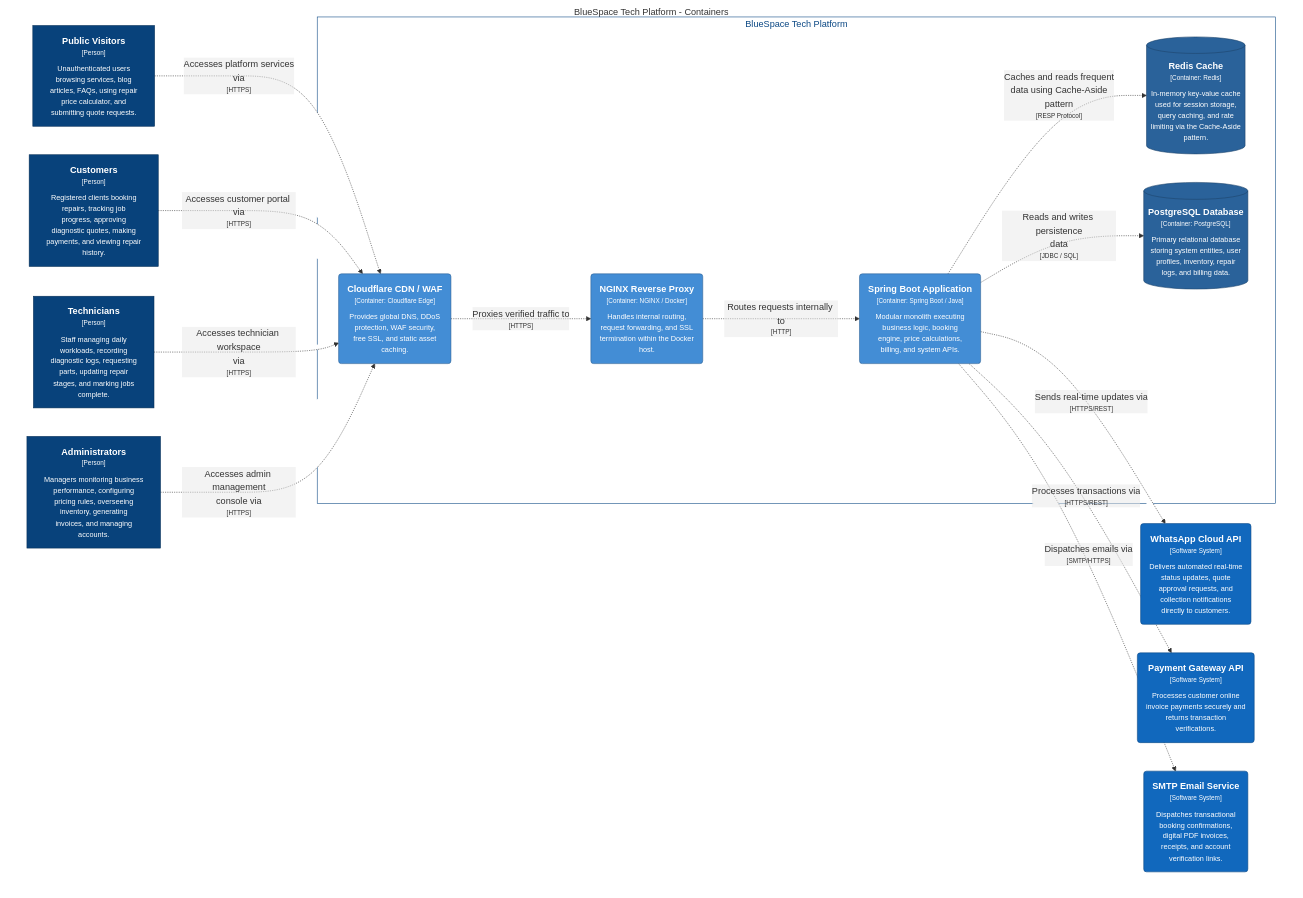
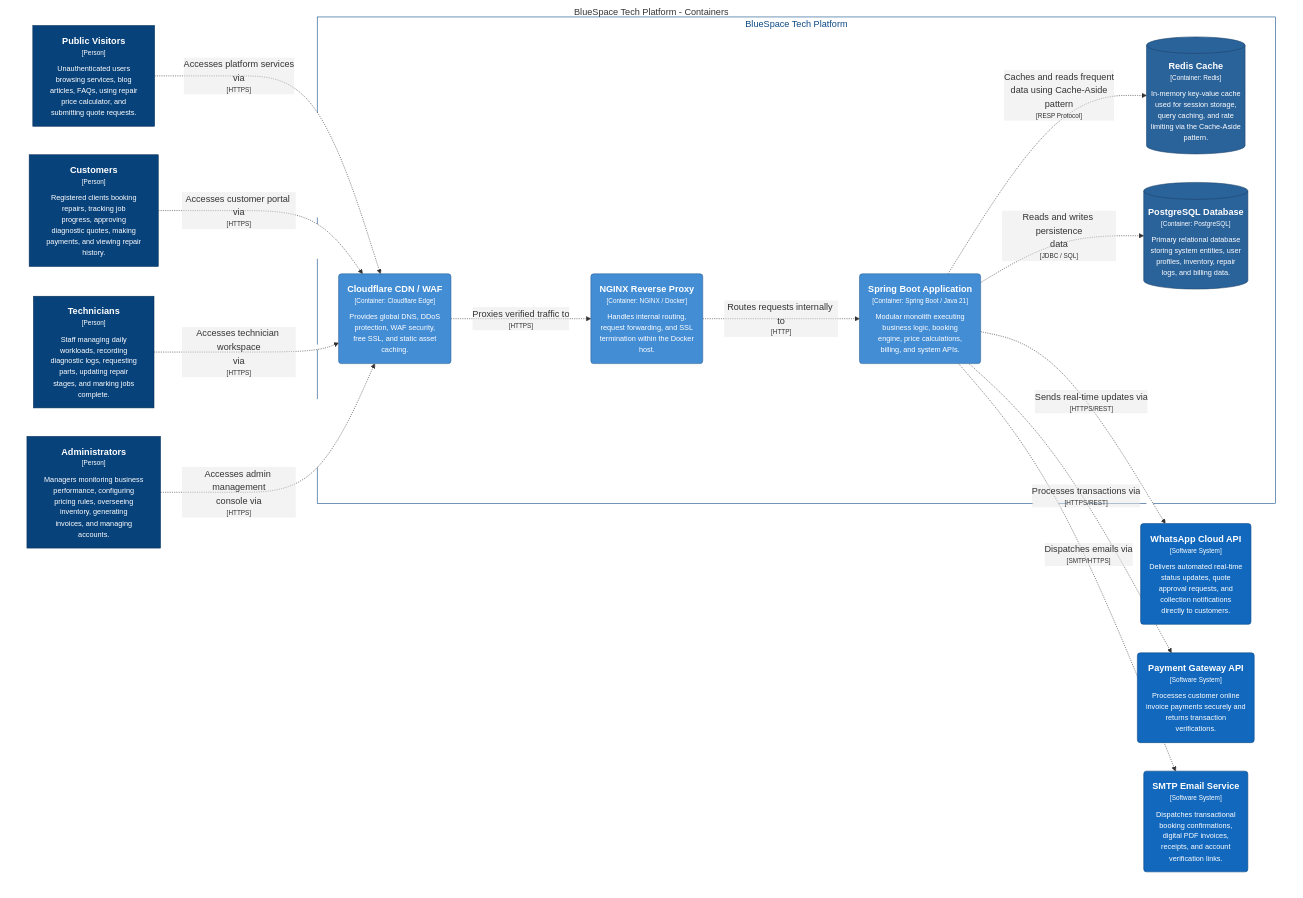
Before and after one commit to Luxolo2200/bluespace-tech-platform: the diagram in docs/architecture/diagrams/structurizr-Containers.mmd, drawn with Mermaid. The commit also changed 4 other files, not shown here.

Commit message:
chore(docs): auto-generate updated mermaid .mmd and .png diagrams

```diff
--- a/docs/architecture/diagrams/structurizr-Containers.mmd
+++ b/docs/architecture/diagrams/structurizr-Containers.mmd
@@ -1,48 +1,48 @@
 graph TB
   linkStyle default fill:#ffffff
 
   subgraph diagram ["BlueSpace Tech Platform - Containers"]
     style diagram fill:#ffffff,stroke:#ffffff
 
     1["<div style='font-weight: bold'>Public Visitors</div><div style='font-size: 70%; margin-top: 0px'>[Person]</div><div style='font-size: 80%; margin-top:10px'>Unauthenticated users<br />browsing services, blog<br />articles, FAQs, using repair<br />price calculator, and<br />submitting quote requests.</div>"]
     style 1 fill:#08427b,stroke:#052e56,color:#ffffff
     2["<div style='font-weight: bold'>Customers</div><div style='font-size: 70%; margin-top: 0px'>[Person]</div><div style='font-size: 80%; margin-top:10px'>Registered clients booking<br />repairs, tracking job<br />progress, approving<br />diagnostic quotes, making<br />payments, and viewing repair<br />history.</div>"]
     style 2 fill:#08427b,stroke:#052e56,color:#ffffff
     3["<div style='font-weight: bold'>Technicians</div><div style='font-size: 70%; margin-top: 0px'>[Person]</div><div style='font-size: 80%; margin-top:10px'>Staff managing daily<br />workloads, recording<br />diagnostic logs, requesting<br />parts, updating repair<br />stages, and marking jobs<br />complete.</div>"]
     style 3 fill:#08427b,stroke:#052e56,color:#ffffff
     4["<div style='font-weight: bold'>Administrators</div><div style='font-size: 70%; margin-top: 0px'>[Person]</div><div style='font-size: 80%; margin-top:10px'>Managers monitoring business<br />performance, configuring<br />pricing rules, overseeing<br />inventory, generating<br />invoices, and managing<br />accounts.</div>"]
     style 4 fill:#08427b,stroke:#052e56,color:#ffffff
-    11("<div style='font-weight: bold'>WhatsApp Cloud API</div><div style='font-size: 70%; margin-top: 0px'>[Software System]</div><div style='font-size: 80%; margin-top:10px'>Delivers automated real-time<br />status updates, quote<br />approval requests, and<br />collection notifications<br />directly to customers.</div>")
-    style 11 fill:#1168bd,stroke:#0b4884,color:#ffffff
-    12("<div style='font-weight: bold'>Payment Gateway API</div><div style='font-size: 70%; margin-top: 0px'>[Software System]</div><div style='font-size: 80%; margin-top:10px'>Processes customer online<br />invoice payments securely and<br />returns transaction<br />verifications.</div>")
-    style 12 fill:#1168bd,stroke:#0b4884,color:#ffffff
-    13("<div style='font-weight: bold'>SMTP Email Service</div><div style='font-size: 70%; margin-top: 0px'>[Software System]</div><div style='font-size: 80%; margin-top:10px'>Dispatches transactional<br />booking confirmations,<br />digital PDF invoices,<br />receipts, and account<br />verification links.</div>")
-    style 13 fill:#1168bd,stroke:#0b4884,color:#ffffff
+    18("<div style='font-weight: bold'>WhatsApp Cloud API</div><div style='font-size: 70%; margin-top: 0px'>[Software System]</div><div style='font-size: 80%; margin-top:10px'>Delivers automated real-time<br />status updates, quote<br />approval requests, and<br />collection notifications<br />directly to customers.</div>")
+    style 18 fill:#1168bd,stroke:#0b4884,color:#ffffff
+    19("<div style='font-weight: bold'>Payment Gateway API</div><div style='font-size: 70%; margin-top: 0px'>[Software System]</div><div style='font-size: 80%; margin-top:10px'>Processes customer online<br />invoice payments securely and<br />returns transaction<br />verifications.</div>")
+    style 19 fill:#1168bd,stroke:#0b4884,color:#ffffff
+    20("<div style='font-weight: bold'>SMTP Email Service</div><div style='font-size: 70%; margin-top: 0px'>[Software System]</div><div style='font-size: 80%; margin-top:10px'>Dispatches transactional<br />booking confirmations,<br />digital PDF invoices,<br />receipts, and account<br />verification links.</div>")
+    style 20 fill:#1168bd,stroke:#0b4884,color:#ffffff
 
     subgraph 5 [BlueSpace Tech Platform]
       style 5 fill:#ffffff,stroke:#0b4884,color:#0b4884
 
-      10[("<div style='font-weight: bold'>PostgreSQL Database</div><div style='font-size: 70%; margin-top: 0px'>[Container: PostgreSQL]</div><div style='font-size: 80%; margin-top:10px'>Primary relational database<br />storing system entities, user<br />profiles, inventory, repair<br />logs, and billing data.</div>")]
-      style 10 fill:#2a629a,stroke:#1d446b,color:#ffffff
+      16[("<div style='font-weight: bold'>Redis Cache</div><div style='font-size: 70%; margin-top: 0px'>[Container: Redis]</div><div style='font-size: 80%; margin-top:10px'>In-memory key-value cache<br />used for session storage,<br />query caching, and rate<br />limiting via the Cache-Aside<br />pattern.</div>")]
+      style 16 fill:#2a629a,stroke:#1d446b,color:#ffffff
+      17[("<div style='font-weight: bold'>PostgreSQL Database</div><div style='font-size: 70%; margin-top: 0px'>[Container: PostgreSQL]</div><div style='font-size: 80%; margin-top:10px'>Primary relational database<br />storing system entities, user<br />profiles, inventory, repair<br />logs, and billing data.</div>")]
+      style 17 fill:#2a629a,stroke:#1d446b,color:#ffffff
       6("<div style='font-weight: bold'>Cloudflare CDN / WAF</div><div style='font-size: 70%; margin-top: 0px'>[Container: Cloudflare Edge]</div><div style='font-size: 80%; margin-top:10px'>Provides global DNS, DDoS<br />protection, WAF security,<br />free SSL, and static asset<br />caching.</div>")
       style 6 fill:#438dd5,stroke:#2e6295,color:#ffffff
       7("<div style='font-weight: bold'>NGINX Reverse Proxy</div><div style='font-size: 70%; margin-top: 0px'>[Container: NGINX / Docker]</div><div style='font-size: 80%; margin-top:10px'>Handles internal routing,<br />request forwarding, and SSL<br />termination within the Docker<br />host.</div>")
       style 7 fill:#438dd5,stroke:#2e6295,color:#ffffff
-      8("<div style='font-weight: bold'>Spring Boot Application</div><div style='font-size: 70%; margin-top: 0px'>[Container: Spring Boot / Java]</div><div style='font-size: 80%; margin-top:10px'>Modular monolith executing<br />business logic, booking<br />engine, price calculations,<br />billing, and system APIs.</div>")
+      8("<div style='font-weight: bold'>Spring Boot Application</div><div style='font-size: 70%; margin-top: 0px'>[Container: Spring Boot / Java 21]</div><div style='font-size: 80%; margin-top:10px'>Modular monolith executing<br />business logic, booking<br />engine, price calculations,<br />billing, and system APIs.</div>")
       style 8 fill:#438dd5,stroke:#2e6295,color:#ffffff
-      9[("<div style='font-weight: bold'>Redis Cache</div><div style='font-size: 70%; margin-top: 0px'>[Container: Redis]</div><div style='font-size: 80%; margin-top:10px'>In-memory key-value cache<br />used for session storage,<br />query caching, and rate<br />limiting via the Cache-Aside<br />pattern.</div>")]
-      style 9 fill:#2a629a,stroke:#1d446b,color:#ffffff
     end
 
     1-. "<div>Accesses platform services<br />via</div><div style='font-size: 70%'>[HTTPS]</div>" .->6
     2-. "<div>Accesses customer portal via</div><div style='font-size: 70%'>[HTTPS]</div>" .->6
     3-. "<div>Accesses technician workspace<br />via</div><div style='font-size: 70%'>[HTTPS]</div>" .->6
     4-. "<div>Accesses admin management<br />console via</div><div style='font-size: 70%'>[HTTPS]</div>" .->6
     6-. "<div>Proxies verified traffic to</div><div style='font-size: 70%'>[HTTPS]</div>" .->7
     7-. "<div>Routes requests internally to</div><div style='font-size: 70%'>[HTTP]</div>" .->8
-    8-. "<div>Caches and reads frequent<br />data using Cache-Aside<br />pattern</div><div style='font-size: 70%'>[RESP Protocol]</div>" .->9
-    8-. "<div>Reads and writes persistence<br />data</div><div style='font-size: 70%'>[JDBC / SQL]</div>" .->10
-    8-. "<div>Sends real-time updates via</div><div style='font-size: 70%'>[HTTPS/REST]</div>" .->11
-    8-. "<div>Processes transactions via</div><div style='font-size: 70%'>[HTTPS/REST]</div>" .->12
-    8-. "<div>Dispatches emails via</div><div style='font-size: 70%'>[SMTP/HTTPS]</div>" .->13
+    8-. "<div>Caches and reads frequent<br />data using Cache-Aside<br />pattern</div><div style='font-size: 70%'>[RESP Protocol]</div>" .->16
+    8-. "<div>Reads and writes persistence<br />data</div><div style='font-size: 70%'>[JDBC / SQL]</div>" .->17
+    8-. "<div>Sends real-time updates via</div><div style='font-size: 70%'>[HTTPS/REST]</div>" .->18
+    8-. "<div>Processes transactions via</div><div style='font-size: 70%'>[HTTPS/REST]</div>" .->19
+    8-. "<div>Dispatches emails via</div><div style='font-size: 70%'>[SMTP/HTTPS]</div>" .->20
   end
```
